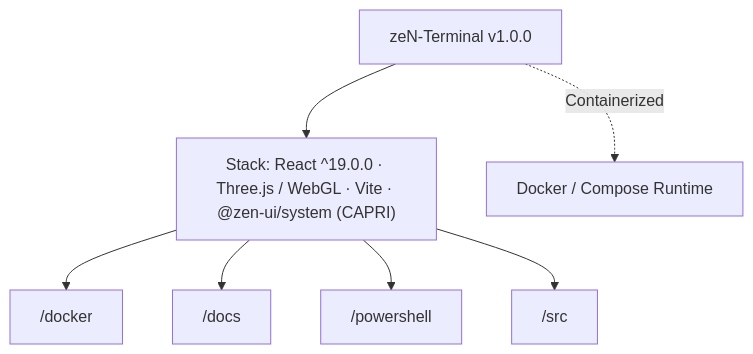
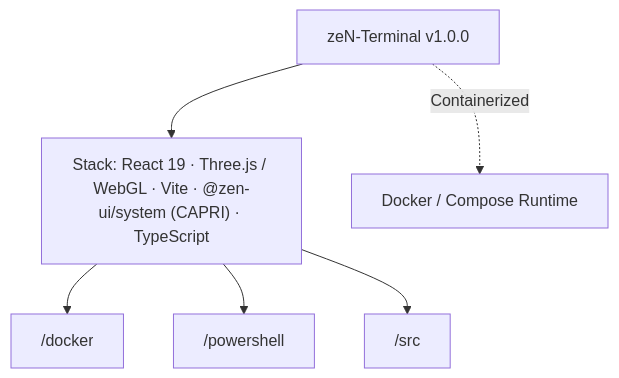
One commit to lukaspabst/zeN-Terminal changed the diagram in docs/CAPRI-ARCHITECTURE.md. Above: the diagram before and after it, drawn with Mermaid. The commit also changed other lines of this file, not shown here.

Commit message:
docs(capri): sync Obsidian frontmatter and executive summary in CAPRI-ARCHITECTURE.md

````diff
--- a/docs/CAPRI-ARCHITECTURE.md
+++ b/docs/CAPRI-ARCHITECTURE.md
@@ -18,16 +27,14 @@
 ```mermaid
 flowchart TD
   Repo["zeN-Terminal v1.0.0"]
-  Stack["Stack: React ^19.0.0 · Three.js / WebGL · Vite · @zen-ui/system (CAPRI)"]
+  Stack["Stack: React 19 · Three.js / WebGL · Vite · @zen-ui/system (CAPRI) · TypeScript"]
   Repo --> Stack
   N0_docker["/docker"]
   Stack --> N0_docker
-  N1_docs["/docs"]
-  Stack --> N1_docs
-  N2_powershell["/powershell"]
-  Stack --> N2_powershell
-  N3_src["/src"]
-  Stack --> N3_src
+  N1_powershell["/powershell"]
+  Stack --> N1_powershell
+  N2_src["/src"]
+  Stack --> N2_src
   Docker["Docker / Compose Runtime"]
   Repo -.->|"Containerized"| Docker
 ```
````
